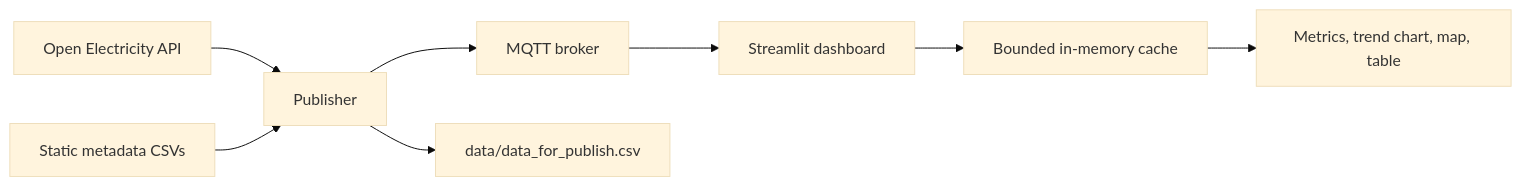
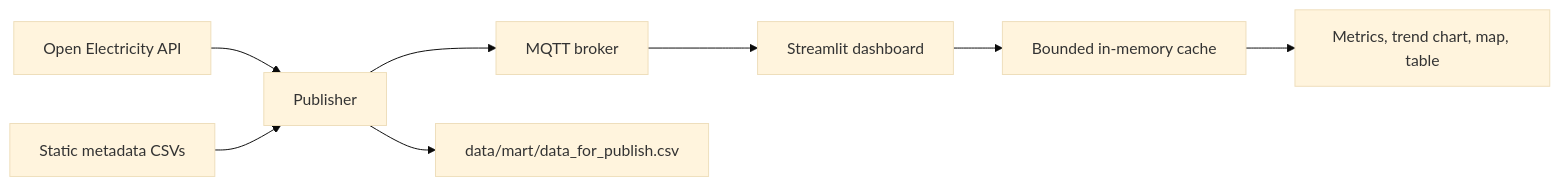
Before and after one commit to arhawk/NEM-Monitoring-Dashboard: the diagram in README.md, drawn with Mermaid (base theme). The commit also changed other lines of this file and 29 other files, not shown here.

````diff
--- a/README.md
+++ b/README.md
@@ -15,10 +15,10 @@
 ```mermaid
 flowchart LR
   A[Open Electricity API] --> P[Publisher]
   S[Static metadata CSVs] --> P
   P --> M[MQTT broker]
   M --> D[Streamlit dashboard]
   D --> C[Bounded in-memory cache]
   C --> V[Metrics, trend chart, map, table]
-  P --> F[data/data_for_publish.csv]
+  P --> F[data/mart/data_for_publish.csv]
 ```
````
